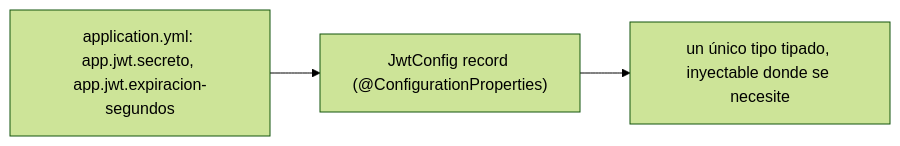
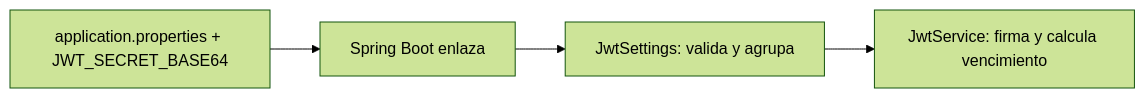
The first of 2 diagrams in web/public/content/spring-boot/modulo-5.md (NICORUIZ93/The_Imperial_Book), drawn with Mermaid (forest theme) before and after one commit. The commit also changed other lines of this file and 12 other files, not shown here.

Commit message:
Rewrite Spring Boot typed configuration lesson

````diff
--- a/web/public/content/spring-boot/modulo-5.md
+++ b/web/public/content/spring-boot/modulo-5.md
@@ -30,5 +14,6 @@
 ```mermaid
 flowchart LR
-  A["application.yml: app.jwt.secreto, app.jwt.expiracion-segundos"] --> B["JwtConfig record (@ConfigurationProperties)"]
-  B --> C[un único tipo tipado, inyectable donde se necesite]
+  P["application.properties + JWT_SECRET_BASE64"] --> B[Spring Boot enlaza]
+  B --> V["JwtSettings: valida y agrupa"]
+  V --> J["JwtService: firma y calcula vencimiento"]
 ```
````
